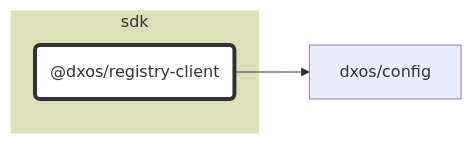
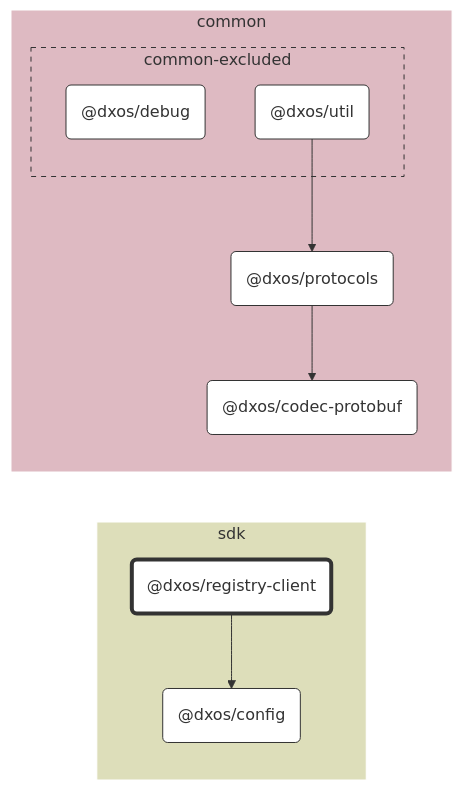
Before and after one commit to dxos/dxos: the diagram in packages/sdk/registry-client/docs/README.md, drawn with Mermaid. The commit also changed 65 other files, not shown here.

````diff
--- a/packages/sdk/registry-client/docs/README.md
+++ b/packages/sdk/registry-client/docs/README.md
@@ -7,21 +7,41 @@
 ```mermaid
 %%{ init: {'flowchart':{'curve':'basis'}} }%%
 
 flowchart LR
 
 %% Classes
 classDef def fill:#fff,stroke:#333,stroke-width:1px
 classDef root fill:#fff,stroke:#333,stroke-width:4px
 
 %% Nodes
 
 subgraph sdk [sdk]
   style sdk fill:#dddeba,stroke:#fff
   dxos/registry-client("@dxos/registry-client"):::root
   click dxos/registry-client "dxos/dxos/tree/main/packages/sdk/registry-client/docs"
+  dxos/config("@dxos/config"):::def
+  click dxos/config "dxos/dxos/tree/main/packages/sdk/config/docs"
+end
+
+subgraph common [common]
+  style common fill:#debac2,stroke:#fff
+  dxos/codec-protobuf("@dxos/codec-protobuf"):::def
+  click dxos/codec-protobuf "dxos/dxos/tree/main/packages/common/codec-protobuf/docs"
+  dxos/protocols("@dxos/protocols"):::def
+  click dxos/protocols "dxos/dxos/tree/main/packages/common/protocols/docs"
+
+  subgraph common-excluded [common-excluded]
+    style common-excluded fill:#debac2,stroke:#333,stroke-dasharray:5 5
+    dxos/debug("@dxos/debug"):::def
+    click dxos/debug "dxos/dxos/tree/main/packages/common/debug/docs"
+    dxos/util("@dxos/util"):::def
+    click dxos/util "dxos/dxos/tree/main/packages/common/util/docs"
+  end
 end
 
 %% Links
 linkStyle default stroke:#333,stroke-width:1px
 dxos/registry-client --> dxos/config
+dxos/protocols --> dxos/codec-protobuf
+dxos/util --> dxos/protocols
 ```
````
